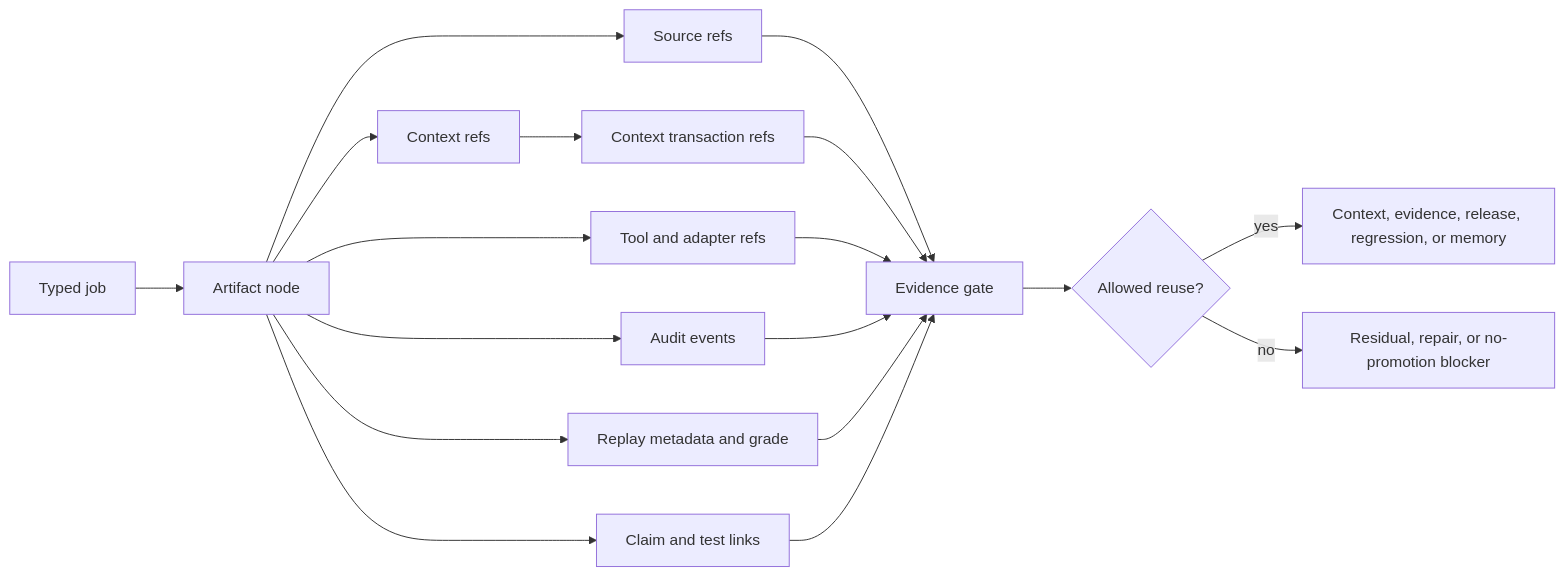
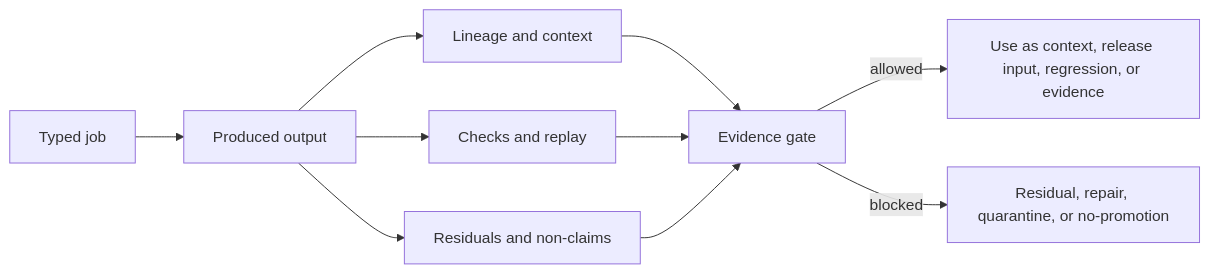
Before and after one commit to corbensorenson/asi-stack-book: the diagram in editions/reader_manuscript/v1_0/chapters/artifact-graphs-audit-logs-and-replay.qmd, drawn with Mermaid. The commit also changed other lines of this file and 15 other files, not shown here.

````diff
--- a/editions/reader_manuscript/v1_0/chapters/artifact-graphs-audit-logs-and-replay.qmd
+++ b/editions/reader_manuscript/v1_0/chapters/artifact-graphs-audit-logs-and-replay.qmd
@@ -133,20 +136,12 @@
 ```{mermaid}
 flowchart LR
-  Job["Typed job"] --> Artifact["Artifact node"]
-  Artifact --> Sources["Source refs"]
-  Artifact --> Context["Context refs"]
-  Context --> Tx["Context transaction refs"]
-  Artifact --> Tools["Tool and adapter refs"]
-  Artifact --> Audit["Audit events"]
-  Artifact --> Replay["Replay metadata and grade"]
-  Artifact --> Links["Claim and test links"]
-  Sources --> Gate["Evidence gate"]
-  Tx --> Gate
-  Tools --> Gate
-  Audit --> Gate
-  Replay --> Gate
-  Links --> Gate
-  Gate --> Use{"Allowed reuse?"}
-  Use -- "yes" --> Reuse["Context, evidence, release, regression, or memory"]
-  Use -- "no" --> Residual["Residual, repair, or no-promotion blocker"]
+  Job["Typed job"] --> Output["Produced output"]
+  Output --> History["Lineage and context"]
+  Output --> Checks["Checks and replay"]
+  Output --> Limits["Residuals and non-claims"]
+  History --> Gate["Evidence gate"]
+  Checks --> Gate
+  Limits --> Gate
+  Gate -- "allowed" --> Reuse["Use as context, release input, regression, or evidence"]
+  Gate -- "blocked" --> Repair["Residual, repair, quarantine, or no-promotion"]
 ```
````
